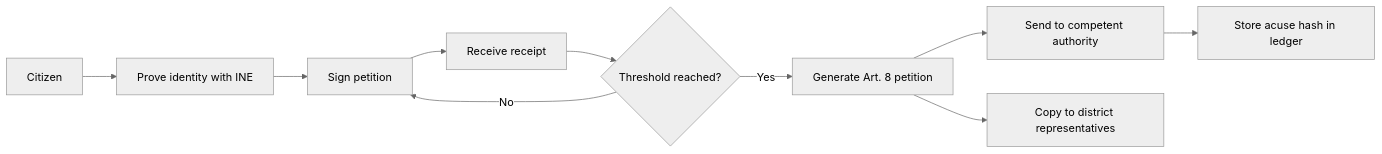
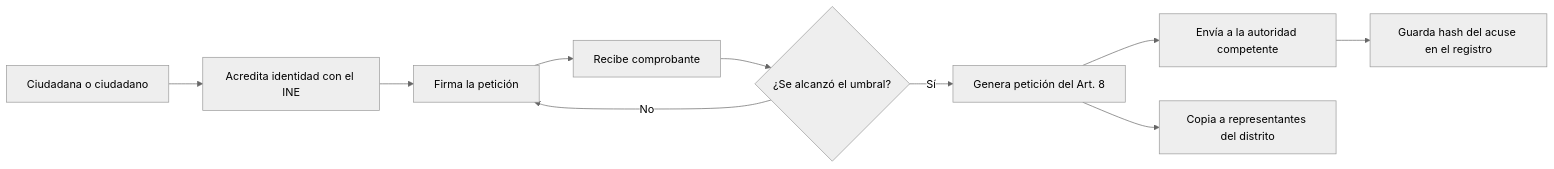
One commit to rogatio-org/rogatio changed the diagram in docs/whitepaper.md. Above: the diagram before and after it, drawn with Mermaid (neutral theme). The commit also changed other lines of this file and 11 other files, not shown here.

````diff
--- a/docs/whitepaper.md
+++ b/docs/whitepaper.md
@@ -75,12 +75,12 @@
 ```mermaid
 flowchart LR
-  A["Citizen"] --> B["Prove identity with INE"]
-  B --> C["Sign petition"]
-  C --> D["Receive receipt"]
-  D --> E{"Threshold reached?"}
+  A["Ciudadana o ciudadano"] --> B["Acredita identidad con el INE"]
+  B --> C["Firma la petición"]
+  C --> D["Recibe comprobante"]
+  D --> E{"¿Se alcanzó el umbral?"}
   E -- No --> C
-  E -- Yes --> F["Generate Art. 8 petition"]
-  F --> G["Send to competent authority"]
-  F --> H["Copy to district representatives"]
-  G --> I["Store acuse hash in ledger"]
+  E -- Sí --> F["Genera petición del Art. 8"]
+  F --> G["Envía a la autoridad competente"]
+  F --> H["Copia a representantes del distrito"]
+  G --> I["Guarda hash del acuse en el registro"]
 ```
````
